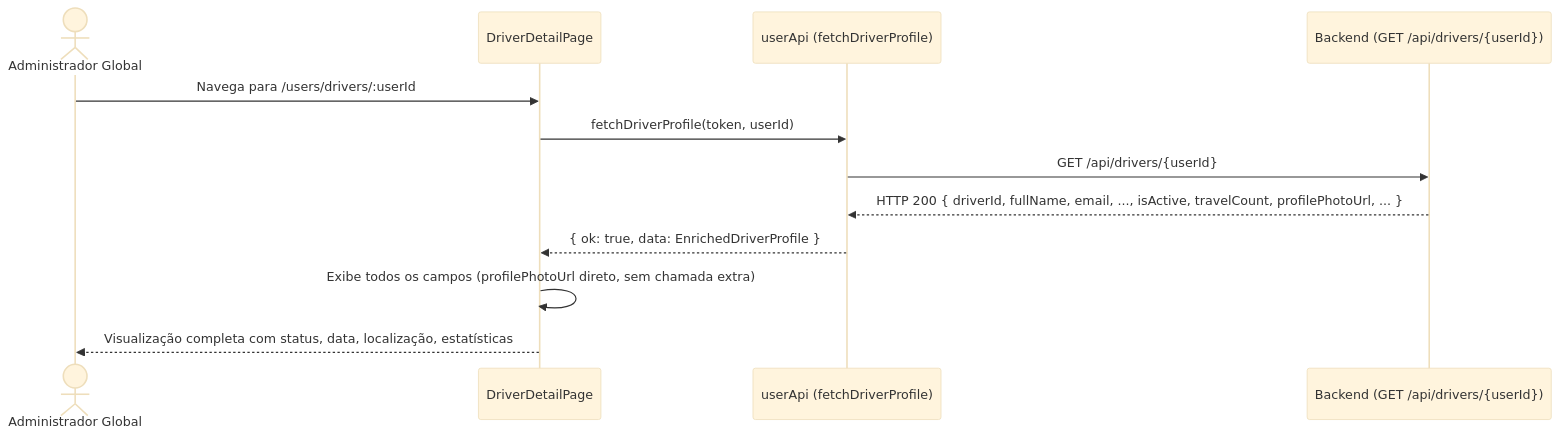
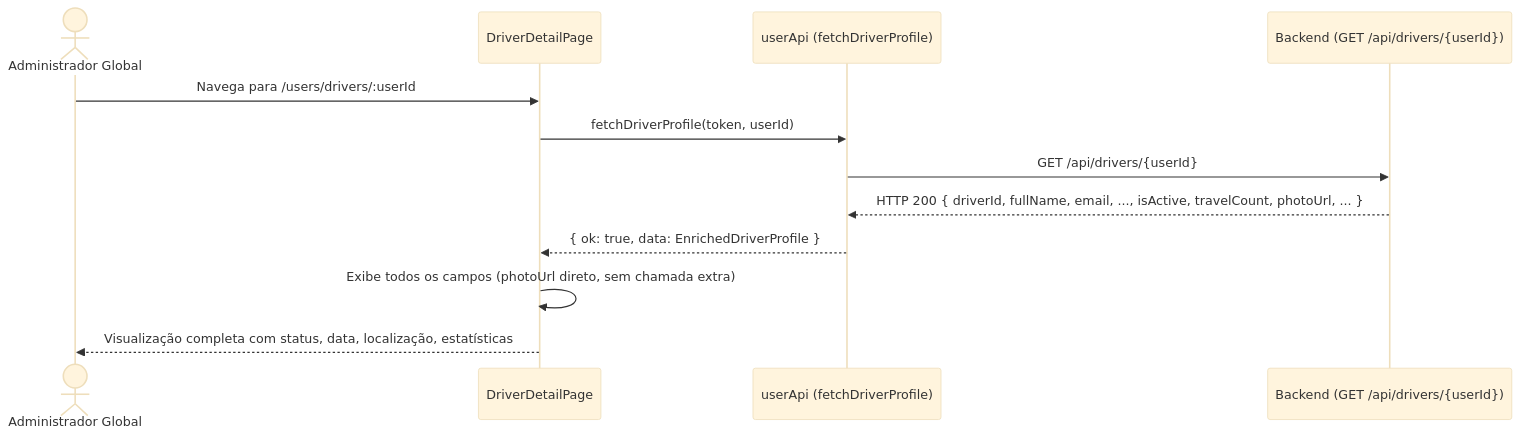
One commit to JJTransportes/moto-web changed the first of 2 diagrams in .sdd/specs/user-detail-enhancement-web/design.md. Above: the diagram before and after it, drawn with Mermaid (base theme). The commit also changed other lines of this file and 75 other files, not shown here.

````diff
--- a/.sdd/specs/user-detail-enhancement-web/design.md
+++ b/.sdd/specs/user-detail-enhancement-web/design.md
@@ -67,15 +73,15 @@
 ```mermaid
 sequenceDiagram
     actor Admin as Administrador Global
     participant DriverPage as DriverDetailPage
     participant API as userApi (fetchDriverProfile)
     participant Backend as Backend (GET /api/drivers/{userId})
 
     Admin->>DriverPage: Navega para /users/drivers/:userId
     DriverPage->>API: fetchDriverProfile(token, userId)
     API->>Backend: GET /api/drivers/{userId}
-    Backend-->>API: HTTP 200 { driverId, fullName, email, ..., isActive, travelCount, profilePhotoUrl, ... }
+    Backend-->>API: HTTP 200 { driverId, fullName, email, ..., isActive, travelCount, photoUrl, ... }
     API-->>DriverPage: { ok: true, data: EnrichedDriverProfile }
-    DriverPage->>DriverPage: Exibe todos os campos (profilePhotoUrl direto, sem chamada extra)
+    DriverPage->>DriverPage: Exibe todos os campos (photoUrl direto, sem chamada extra)
     DriverPage-->>Admin: Visualização completa com status, data, localização, estatísticas
 ```
````
